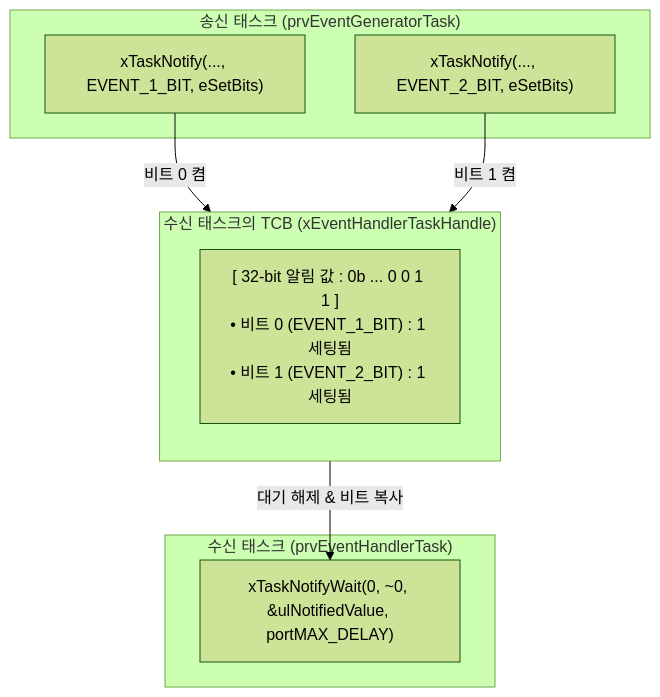
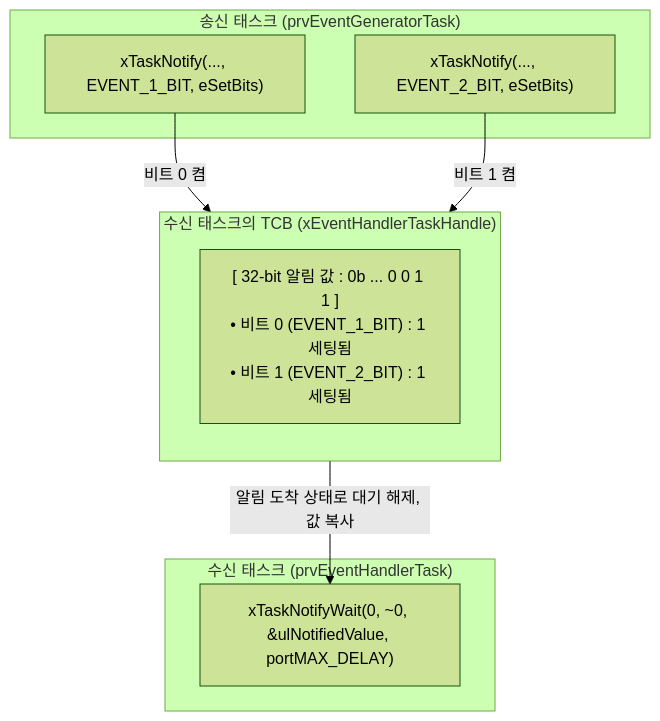
One commit to yunju-baek/FreeRTOS-Tutorials-ko changed the first of 2 diagrams in ko/guides/tutorial_18.md. Above: the diagram before and after it, drawn with Mermaid (forest theme). The commit also changed other lines of this file and 37 other files, not shown here.

````diff
--- a/ko/guides/tutorial_18.md
+++ b/ko/guides/tutorial_18.md
@@ -37,17 +43,17 @@
 ```mermaid
 flowchart TD
     subgraph TCB["수신 태스크의 TCB (xEventHandlerTaskHandle)"]
         direction TB
         BITS["[ 32-bit 알림 값 : 0b ... 0 0 1 1 ]<br/>• 비트 0 (EVENT_1_BIT) : 1 세팅됨<br/>• 비트 1 (EVENT_2_BIT) : 1 세팅됨"]
     end
 
     subgraph Sender["송신 태스크 (prvEventGeneratorTask)"]
         S1["xTaskNotify(..., EVENT_1_BIT, eSetBits)"] -->|비트 0 켬| BITS
         S2["xTaskNotify(..., EVENT_2_BIT, eSetBits)"] -->|비트 1 켬| BITS
     end
 
     subgraph Receiver["수신 태스크 (prvEventHandlerTask)"]
         R1["xTaskNotifyWait(0, ~0, &ulNotifiedValue, portMAX_DELAY)"]
-        BITS -->|대기 해제 & 비트 복사| R1
+        BITS -->|알림 도착 상태로 대기 해제, 값 복사| R1
     end
 ```
````
